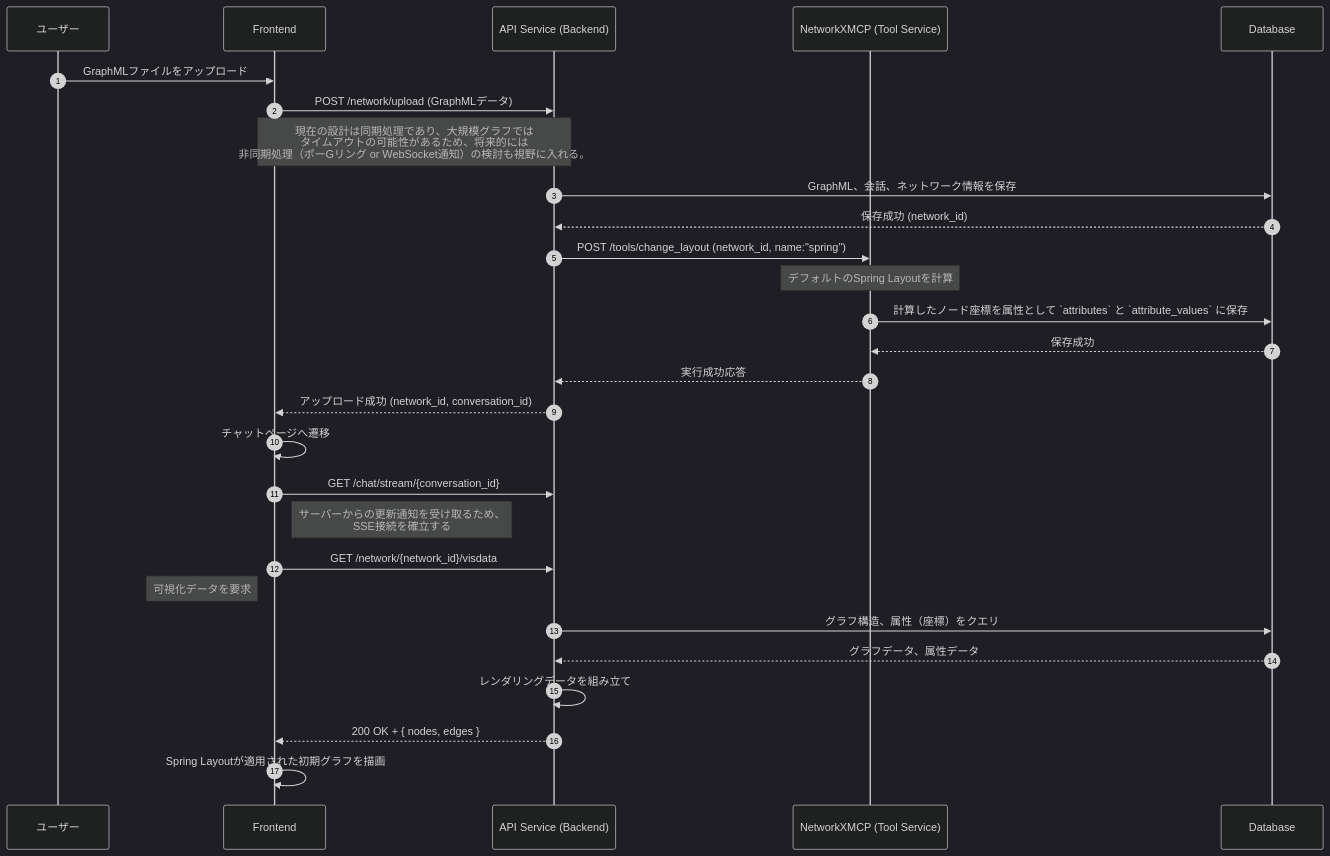
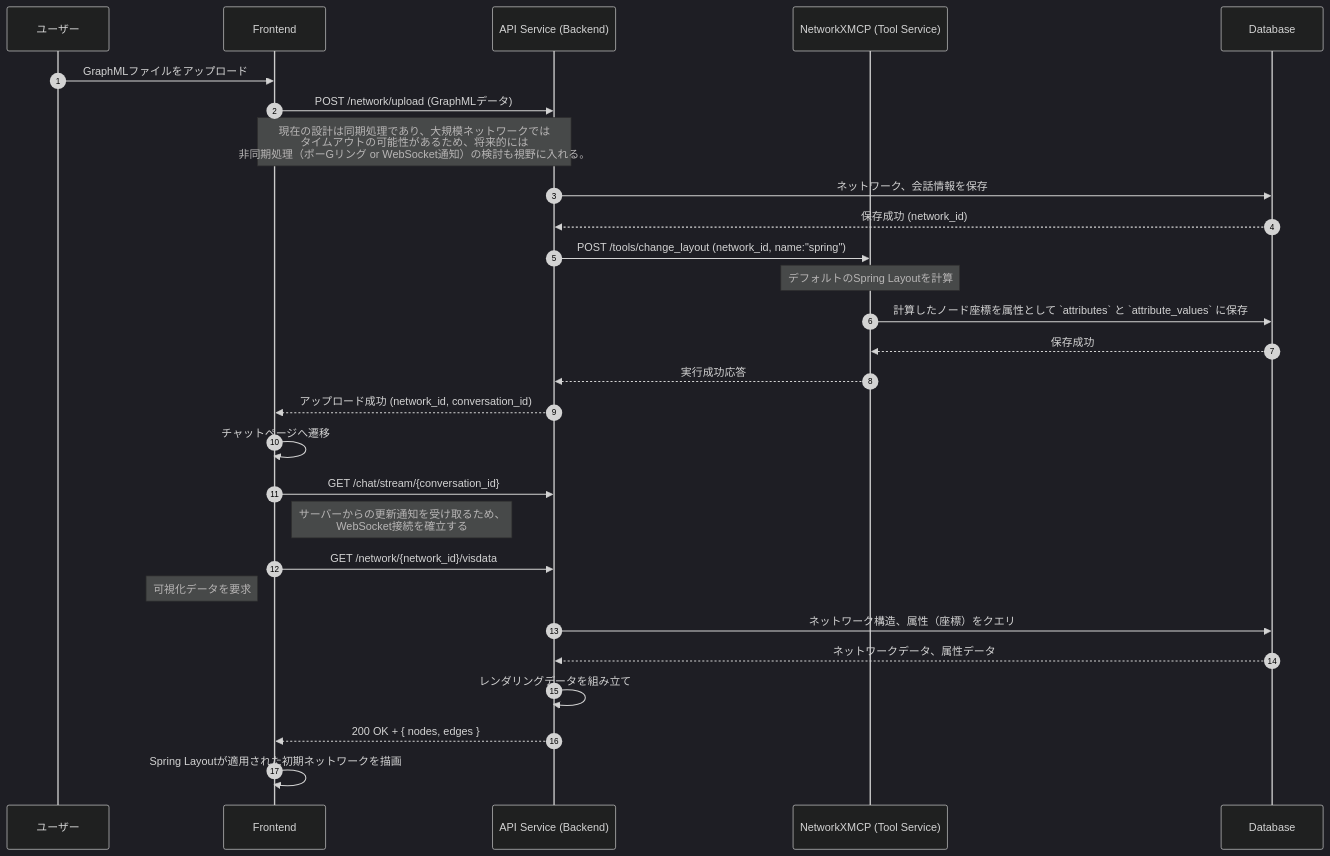
The first of 3 diagrams in specification/Interactions.md (vdslab/LLMGraphvis), drawn with Mermaid (dark theme) before and after one commit. The commit also changed other lines of this file and 7 other files, not shown here.

````diff
--- a/specification/Interactions.md
+++ b/specification/Interactions.md
@@ -13,40 +13,40 @@
 ```mermaid
 sequenceDiagram
     autonumber
     participant U as ユーザー
     participant F as Frontend
     participant B as API Service (Backend)
     participant N as NetworkXMCP (Tool Service)
     participant DB as Database
 
     %% Step 1: User uploads a file
     U->>F: GraphMLファイルをアップロード
     F->>B: POST /network/upload (GraphMLデータ)
-    note over B,F: 現在の設計は同期処理であり、大規模グラフでは<br/>タイムアウトの可能性があるため、将来的には<br/>非同期処理（ポーGリング or WebSocket通知）の検討も視野に入れる。
+    note over B,F: 現在の設計は同期処理であり、大規模ネットワークでは<br/>タイムアウトの可能性があるため、将来的には<br/>非同期処理（ポーGリング or WebSocket通知）の検討も視野に入れる。
 
     %% Step 2: Backend saves initial data and requests default layout calculation
-    B->>DB: GraphML、会話、ネットワーク情報を保存
+    B->>DB: ネットワーク、会話情報を保存
     DB-->>B: 保存成功 (network_id)
     B->>N: POST /tools/change_layout (network_id, name:"spring")
     note over N: デフォルトのSpring Layoutを計算
 
     %% Step 3: NetworkXMCP computes and saves layout as an attribute
     N->>DB: 計算したノード座標を属性として `attributes` と `attribute_values` に保存
     DB-->>N: 保存成功
     N-->>B: 実行成功応答
     B-->>F: アップロード成功 (network_id, conversation_id)
 
-    %% Step 4: Frontend navigates and fetches the initial graph data
+    %% Step 4: Frontend navigates and fetches the initial network data
     F->>F: チャットページへ遷移
     F->>B: GET /chat/stream/{conversation_id}
-    note right of F: サーバーからの更新通知を受け取るため、<br/>SSE接続を確立する
+    note right of F: サーバーからの更新通知を受け取るため、<br/>WebSocket接続を確立する
     F->>B: GET /network/{network_id}/visdata
     note left of F: 可視化データを要求
-    B->>DB: グラフ構造、属性（座標）をクエリ
-    DB-->>B: グラフデータ、属性データ
+    B->>DB: ネットワーク構造、属性（座標）をクエリ
+    DB-->>B: ネットワークデータ、属性データ
     B->>B: レンダリングデータを組み立て
     B-->>F: 200 OK + { nodes, edges }
 
-    %% Step 5: Frontend renders the initial graph
-    F->>F: Spring Layoutが適用された初期グラフを描画
+    %% Step 5: Frontend renders the initial network
+    F->>F: Spring Layoutが適用された初期ネットワークを描画
 ```
````
